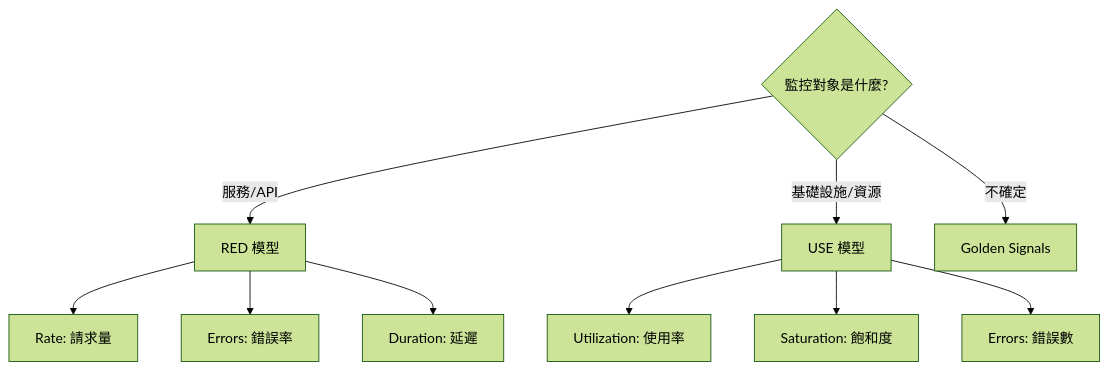
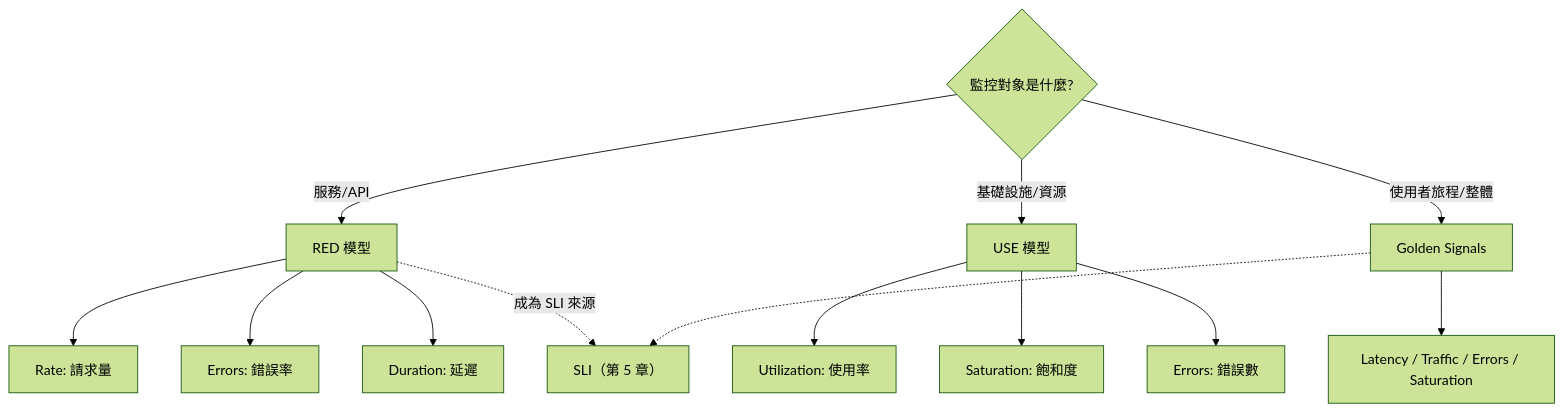
Before and after one commit to chihhung/Blog: the fifth of 28 diagrams in content/posts/教學/工具/Metrics Visualization 教學手冊.md, drawn with Mermaid (forest theme). The commit also changed other lines of this file and 8 other files, not shown here.

````diff
--- a/content/posts/教學/工具/Metrics Visualization 教學手冊.md
+++ b/content/posts/教學/工具/Metrics Visualization 教學手冊.md
@@ -216,15 +443,19 @@
 ```mermaid
 flowchart TD
-    Q{監控對象是什麼?}
-    Q -->|服務/API| RED[RED 模型]
-    Q -->|基礎設施/資源| USE[USE 模型]
-    Q -->|不確定| GS[Golden Signals]
-    
-    RED --> R1[Rate: 請求量]
-    RED --> R2[Errors: 錯誤率]
-    RED --> R3[Duration: 延遲]
-    
-    USE --> U1[Utilization: 使用率]
-    USE --> U2[Saturation: 飽和度]
-    USE --> U3[Errors: 錯誤數]
+    Q{"監控對象是什麼?"}
+    Q -->|"服務/API"| RED["RED 模型"]
+    Q -->|"基礎設施/資源"| USE["USE 模型"]
+    Q -->|"使用者旅程/整體"| GS["Golden Signals"]
+
+    RED --> R1["Rate: 請求量"]
+    RED --> R2["Errors: 錯誤率"]
+    RED --> R3["Duration: 延遲"]
+
+    USE --> U1["Utilization: 使用率"]
+    USE --> U2["Saturation: 飽和度"]
+    USE --> U3["Errors: 錯誤數"]
+
+    GS --> G1["Latency / Traffic / Errors / Saturation"]
+    RED -.->|"成為 SLI 來源"| SLI["SLI（第 5 章）"]
+    GS -.-> SLI
 ```
````
